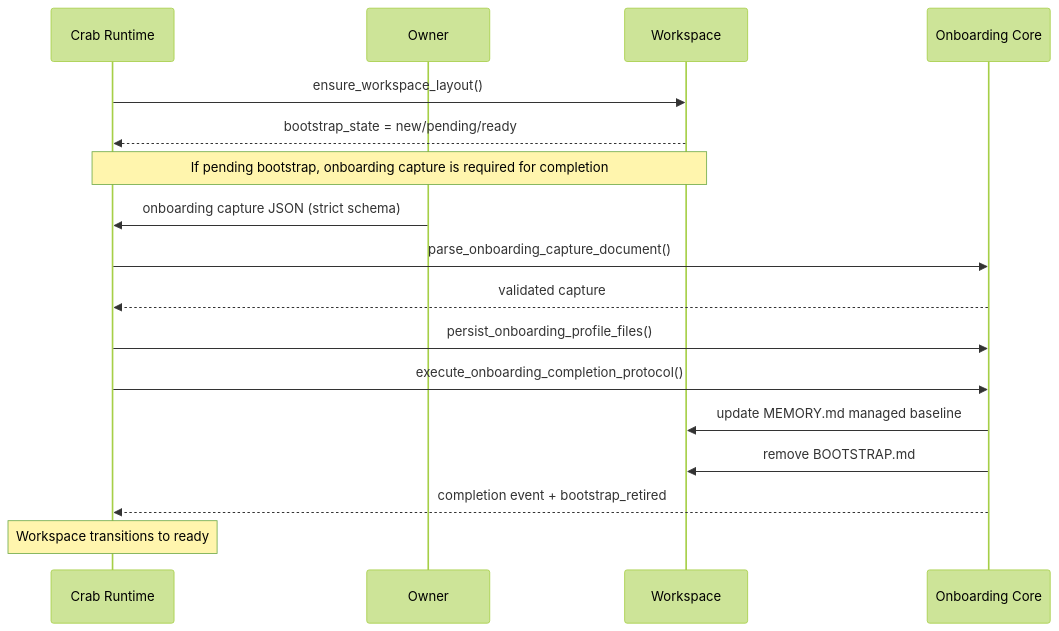
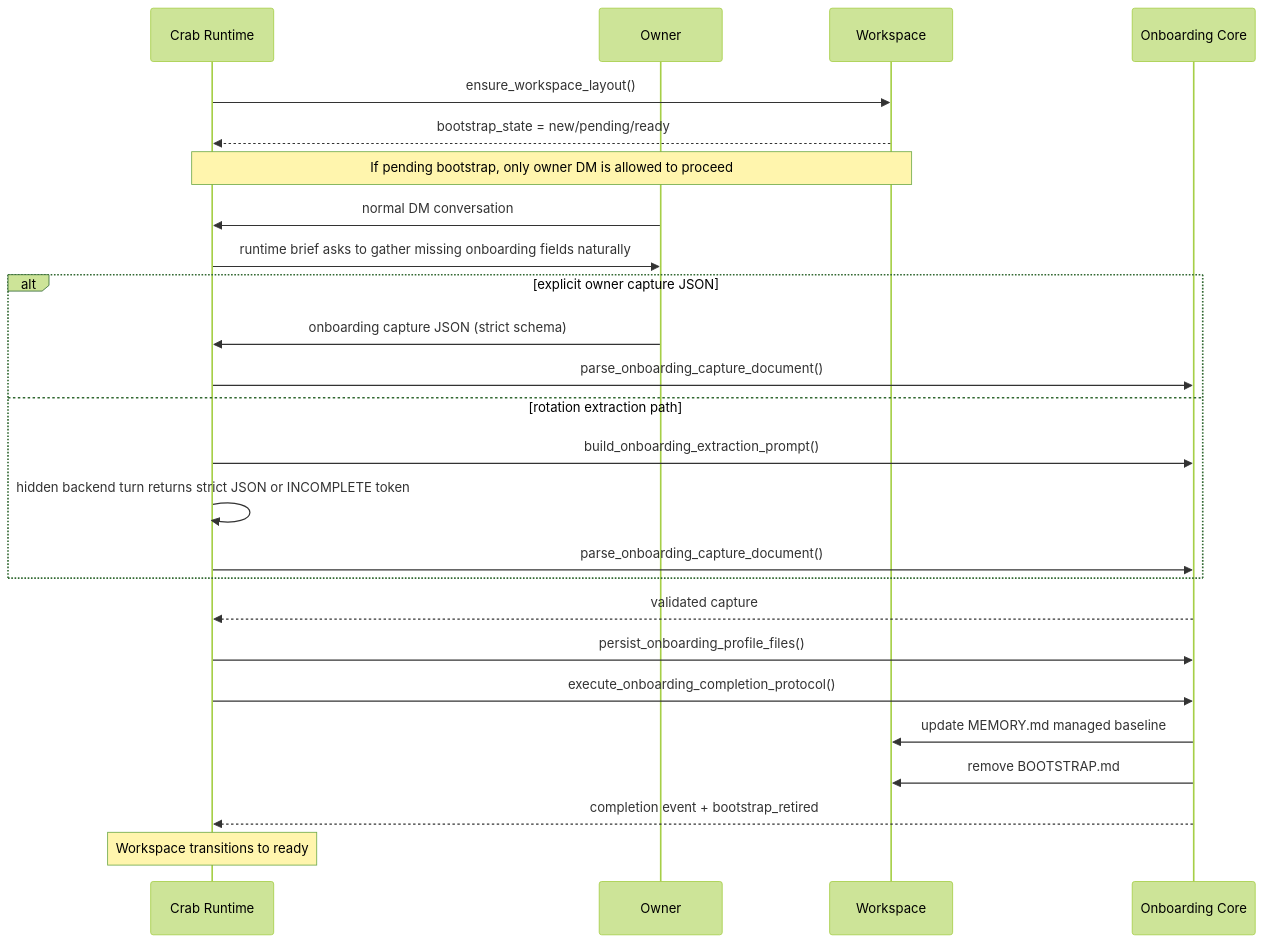
One commit to fontanierh/crab changed the diagram in crab/docs/01-initial-turn-and-onboarding.md. Above: the diagram before and after it, drawn with Mermaid (forest theme). The commit also changed other lines of this file and 14 other files, not shown here.

Commit message:
Implement WS24 onboarding gate, rotation extraction, and runtime brief context

````diff
--- a/crab/docs/01-initial-turn-and-onboarding.md
+++ b/crab/docs/01-initial-turn-and-onboarding.md
@@ -73,24 +77,33 @@
 ```mermaid
 sequenceDiagram
     participant Runtime as Crab Runtime
     participant Owner as Owner
     participant WS as Workspace
     participant Core as Onboarding Core
 
     Runtime->>WS: ensure_workspace_layout()
     WS-->>Runtime: bootstrap_state = new/pending/ready
 
-    Note over Runtime,WS: If pending bootstrap, onboarding capture is required for completion
+    Note over Runtime,WS: If pending bootstrap, only owner DM is allowed to proceed
 
-    Owner->>Runtime: onboarding capture JSON (strict schema)
-    Runtime->>Core: parse_onboarding_capture_document()
+    Owner->>Runtime: normal DM conversation
+    Runtime->>Owner: runtime brief asks to gather missing onboarding fields naturally
+
+    alt explicit owner capture JSON
+      Owner->>Runtime: onboarding capture JSON (strict schema)
+      Runtime->>Core: parse_onboarding_capture_document()
+    else rotation extraction path
+      Runtime->>Core: build_onboarding_extraction_prompt()
+      Runtime->>Runtime: hidden backend turn returns strict JSON or INCOMPLETE token
+      Runtime->>Core: parse_onboarding_capture_document()
+    end
     Core-->>Runtime: validated capture
 
     Runtime->>Core: persist_onboarding_profile_files()
     Runtime->>Core: execute_onboarding_completion_protocol()
     Core->>WS: update MEMORY.md managed baseline
     Core->>WS: remove BOOTSTRAP.md
     Core-->>Runtime: completion event + bootstrap_retired
 
     Note over Runtime: Workspace transitions to ready
 ```
````
